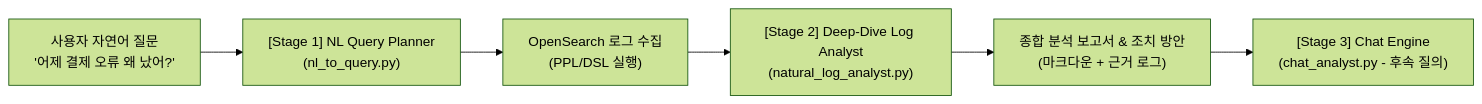
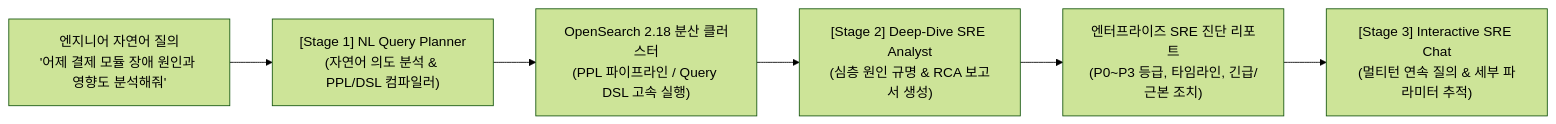
Before and after one commit to GamjaPower/logccino: the diagram in docs/PROMPT_GUIDE.md, drawn with Mermaid (forest theme). The commit also changed other lines of this file and 7 other files, not shown here.

````diff
--- a/docs/PROMPT_GUIDE.md
+++ b/docs/PROMPT_GUIDE.md
@@ -11,8 +11,8 @@
 ```mermaid
 flowchart LR
-    A["사용자 자연어 질문<br/>'어제 결제 오류 왜 났어?'"] --> B["[Stage 1] NL Query Planner<br/>(nl_to_query.py)"]
-    B --> C["OpenSearch 로그 수집<br/>(PPL/DSL 실행)"]
-    C --> D["[Stage 2] Deep-Dive Log Analyst<br/>(natural_log_analyst.py)"]
-    D --> E["종합 분석 보고서 & 조치 방안<br/>(마크다운 + 근거 로그)"]
-    E --> F["[Stage 3] Chat Engine<br/>(chat_analyst.py - 후속 질의)"]
+    A["엔지니어 자연어 질의<br/>'어제 결제 모듈 장애 원인과 영향도 분석해줘'"] --> B["[Stage 1] NL Query Planner<br/>(자연어 의도 분석 & PPL/DSL 컴파일러)"]
+    B --> C["OpenSearch 2.18 분산 클러스터<br/>(PPL 파이프라인 / Query DSL 고속 실행)"]
+    C --> D["[Stage 2] Deep-Dive SRE Analyst<br/>(심층 원인 규명 & RCA 보고서 생성)"]
+    D --> E["엔터프라이즈 SRE 진단 리포트<br/>(P0~P3 등급, 타임라인, 긴급/근본 조치)"]
+    E --> F["[Stage 3] Interactive SRE Chat<br/>(멀티턴 연속 질의 & 세부 파라미터 추적)"]
 ```
````
